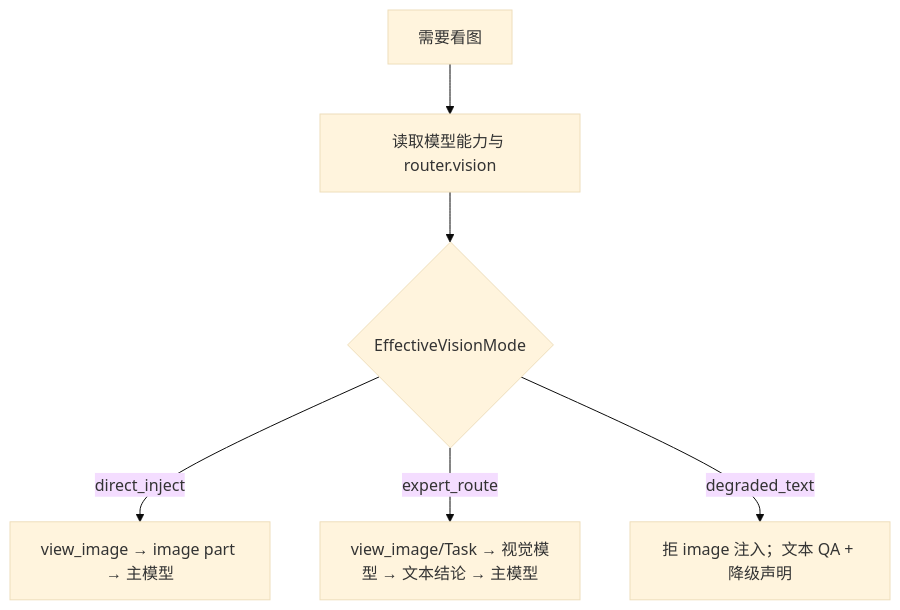
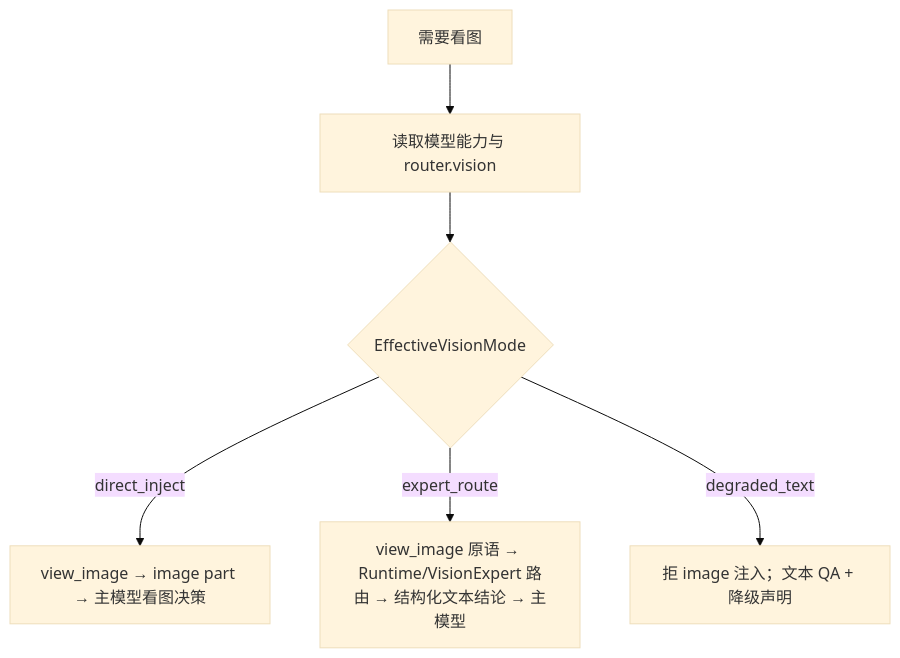
One commit to capemeta/genesis-agent changed the diagram in docs/多模态输入与视觉能力设计.md. Above: the diagram before and after it, drawn with Mermaid (base theme). The commit also changed other lines of this file and 33 other files, not shown here.

````diff
--- a/docs/多模态输入与视觉能力设计.md
+++ b/docs/多模态输入与视觉能力设计.md
@@ -45,8 +49,8 @@
 ```mermaid
 flowchart TD
   start[需要看图] --> loadCfg[读取模型能力与 router.vision]
   loadCfg --> mode{EffectiveVisionMode}
-  mode -->|direct_inject| A[view_image → image part → 主模型]
-  mode -->|expert_route| B[view_image/Task → 视觉模型 → 文本结论 → 主模型]
+  mode -->|direct_inject| A[view_image → image part → 主模型看图决策]
+  mode -->|expert_route| B[view_image 原语 → Runtime/VisionExpert 路由 → 结构化文本结论 → 主模型]
   mode -->|degraded_text| C[拒 image 注入；文本 QA + 降级声明]
 ```
````
